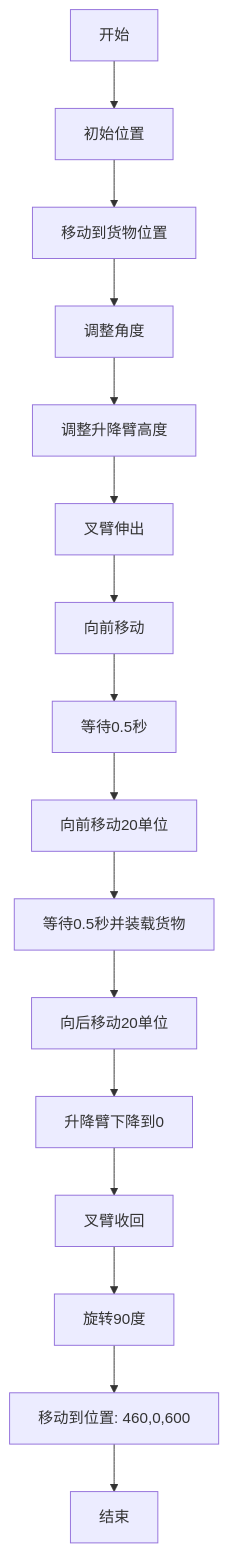
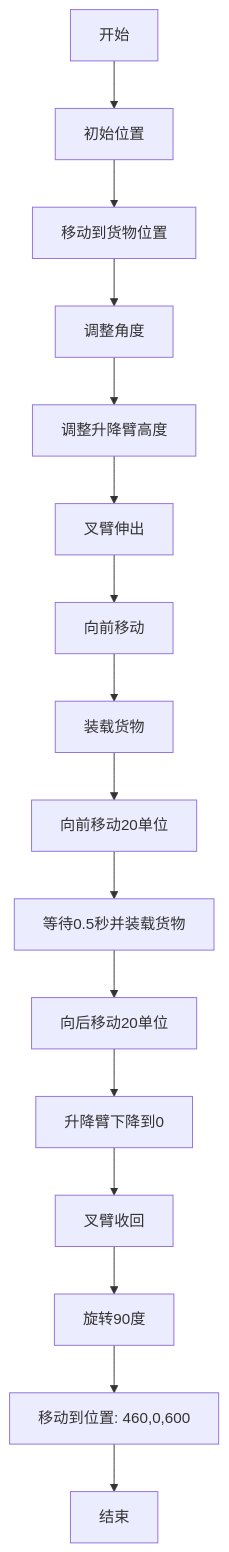
Before and after one commit to Mrmilu212/iodraw-files: the diagram in all/未命名-1.md, drawn with Mermaid.

Commit message:
2025-05-20 14:23:20 update

````diff
--- a/all/未命名-1.md
+++ b/all/未命名-1.md
@@ -1,18 +1,18 @@
 ```mermaid
 graph TD
     A[开始] --> B[初始位置]
     B --> C[移动到货物位置]
     C --> D[调整角度]
     D --> E[调整升降臂高度]
     E --> F[叉臂伸出]
     F --> G[向前移动]
-    G --> H[等待0.5秒]
+    G --> H[装载货物]
     H --> I[向前移动20单位]
     I --> J[等待0.5秒并装载货物]
     J --> K[向后移动20单位]
     K --> L[升降臂下降到0]
     L --> M[叉臂收回]
     M --> N[旋转90度]
     N --> O[移动到位置: 460,0,600]
     O --> P[结束]
 ```
````
